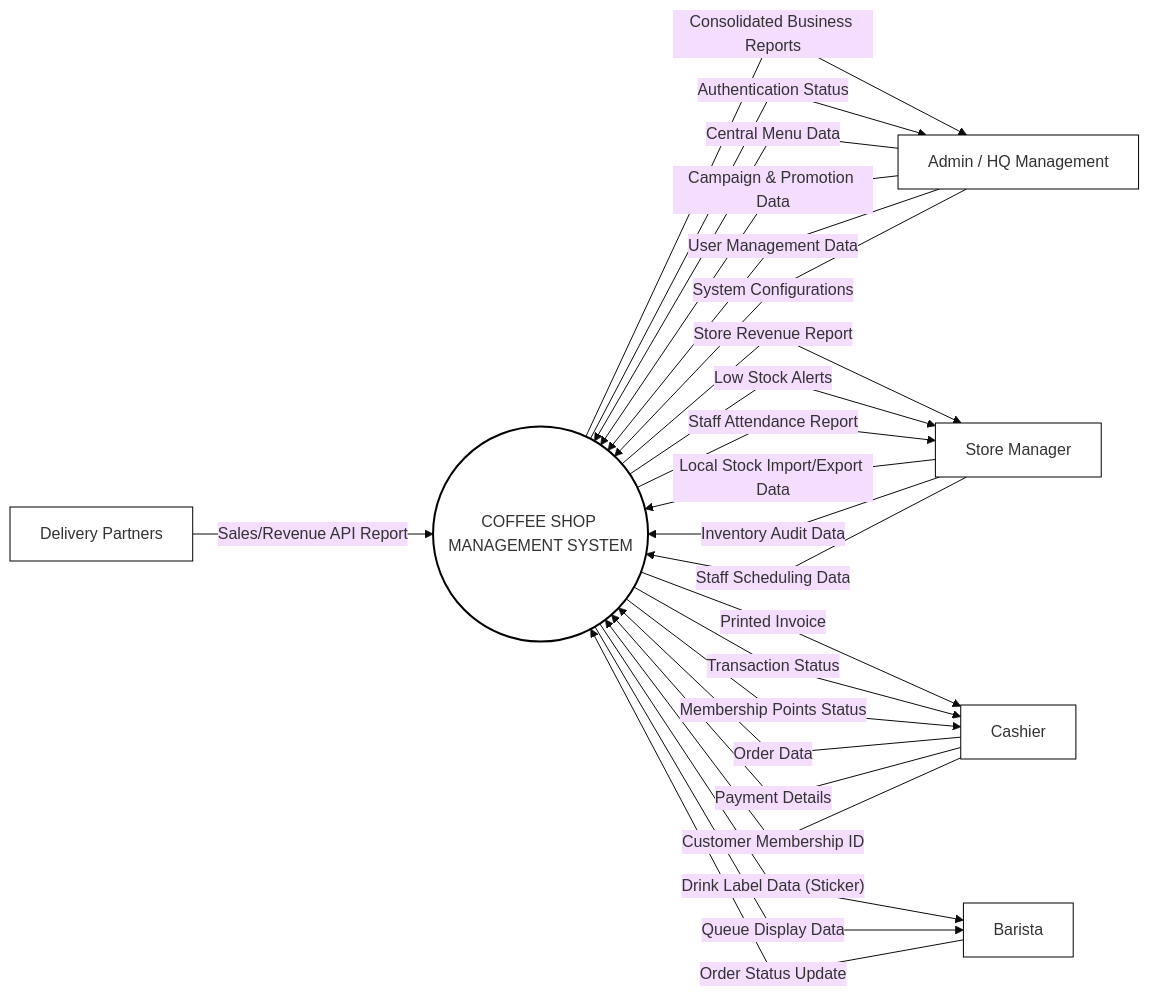
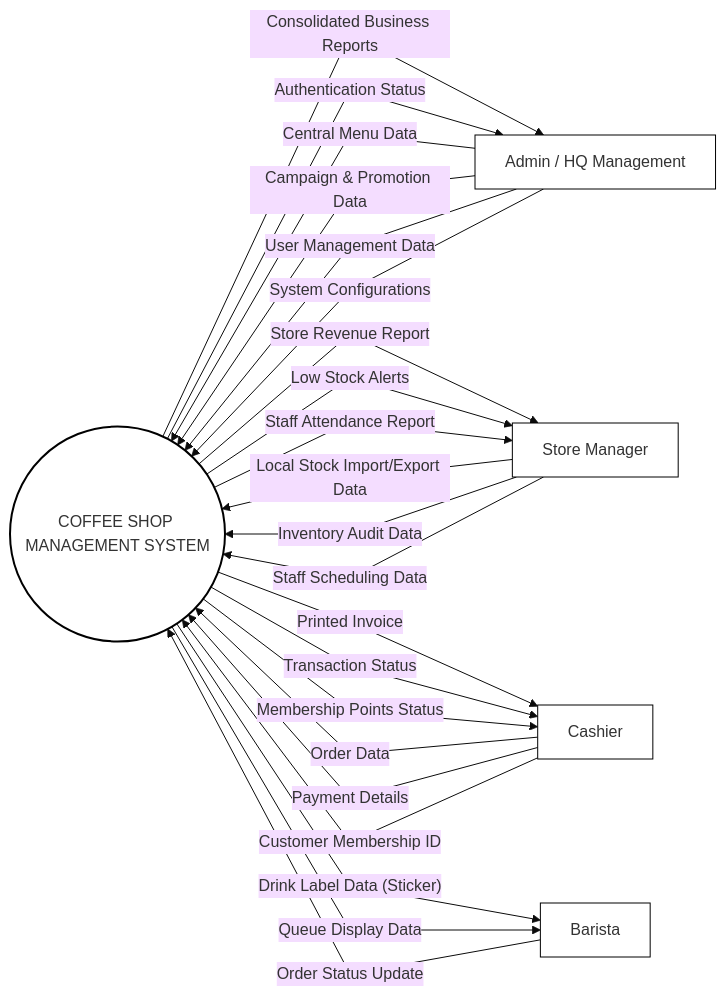
One commit to Shaichi/Khoga_coffe_shop changed the diagram in sections/01_product_overview.md. Above: the diagram before and after it, drawn with Mermaid (base theme). The commit also changed other lines of this file and 45 other files, not shown here.

````diff
--- a/sections/01_product_overview.md
+++ b/sections/01_product_overview.md
@@ -33,50 +32,45 @@
 ```mermaid
 graph LR
     linkStyle default interpolate linear
 
     SYS((COFFEE SHOP MANAGEMENT SYSTEM))
     ADMIN[Admin / HQ Management]
     MANAGER[Store Manager]
     CASHIER[Cashier]
     BARISTA[Barista]
-    DELIVERY[Delivery Partners]
 
     style SYS fill:#fff,stroke:#000,stroke-width:2px
     style ADMIN fill:#fff,stroke:#000,stroke-width:1px
     style MANAGER fill:#fff,stroke:#000,stroke-width:1px
     style CASHIER fill:#fff,stroke:#000,stroke-width:1px
     style BARISTA fill:#fff,stroke:#000,stroke-width:1px
-    style DELIVERY fill:#fff,stroke:#000,stroke-width:1px
 
     %% 1. Admin Data Flows
     ADMIN --> |"Central Menu Data"| SYS
     ADMIN --> |"Campaign & Promotion Data"| SYS
     ADMIN --> |"User Management Data"| SYS
     ADMIN --> |"System Configurations"| SYS
     SYS --> |"Consolidated Business Reports"| ADMIN
     SYS --> |"Authentication Status"| ADMIN
 
     %% 2. Store Manager Data Flows
     MANAGER --> |"Local Stock Import/Export Data"| SYS
     MANAGER --> |"Inventory Audit Data"| SYS
     MANAGER --> |"Staff Scheduling Data"| SYS
     SYS --> |"Store Revenue Report"| MANAGER
     SYS --> |"Low Stock Alerts"| MANAGER
     SYS --> |"Staff Attendance Report"| MANAGER
 
     %% 3. Cashier Data Flows
     CASHIER --> |"Order Data"| SYS
     CASHIER --> |"Payment Details"| SYS
     CASHIER --> |"Customer Membership ID"| SYS
     SYS --> |"Printed Invoice"| CASHIER
     SYS --> |"Transaction Status"| CASHIER
     SYS --> |"Membership Points Status"| CASHIER
 
     %% 4. Barista Data Flows
     BARISTA --> |"Order Status Update"| SYS
     SYS --> |"Drink Label Data (Sticker)"| BARISTA
     SYS --> |"Queue Display Data"| BARISTA
-
-    %% 5. Delivery Partner Data Flows
-    DELIVERY --> |"Sales/Revenue API Report"| SYS
 ```
````
